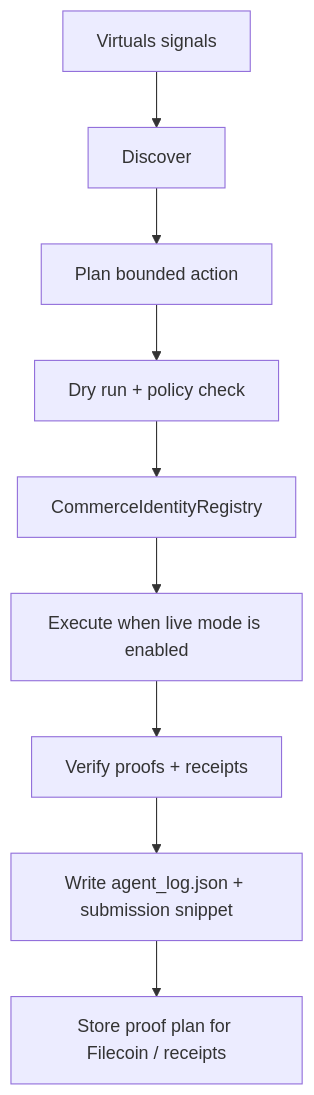
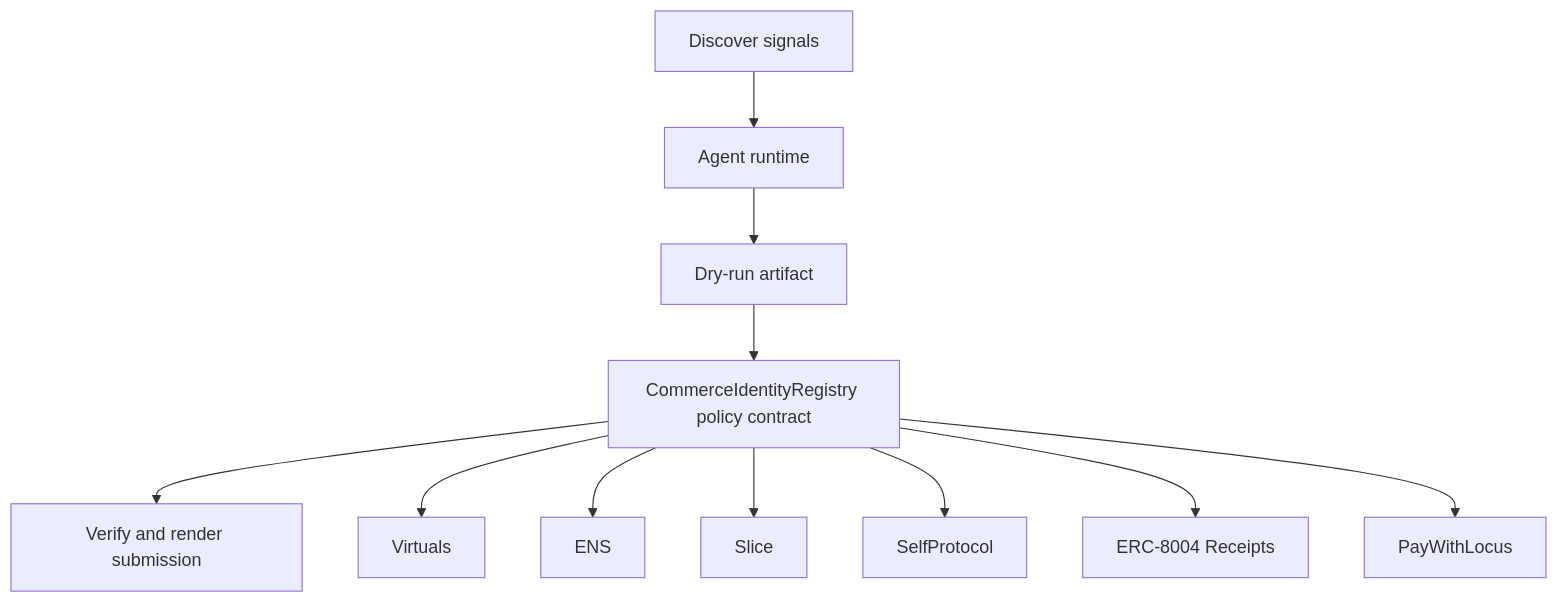
Before and after one commit to CrystallineButterfly/Synthesis-Virtuals: the diagram in docs/architecture.mmd, drawn with Mermaid. The commit also changed 998 other files, not shown here.

Commit message:
Implement bounded agent runtime

```diff
--- a/docs/architecture.mmd
+++ b/docs/architecture.mmd
@@ -1,9 +1,13 @@
 flowchart TD
-    Signals[Virtuals signals] --> Discover[Discover]
-    Discover --> Plan[Plan bounded action]
-    Plan --> DryRun[Dry run + policy check]
-    DryRun --> Guard[CommerceIdentityRegistry]
-    Guard --> Execute[Execute when live mode is enabled]
-    Execute --> Verify[Verify proofs + receipts]
-    Verify --> Persist[Write agent_log.json + submission snippet]
-    Persist --> Storage[Store proof plan for Filecoin / receipts]
+    Signals[Discover signals]
+    Planner[Agent runtime]
+    DryRun[Dry-run artifact]
+    Contract[CommerceIdentityRegistry policy contract]
+    Verify[Verify and render submission]
+    Signals --> Planner --> DryRun --> Contract --> Verify
+    Contract --> virtuals[Virtuals]
+    Contract --> ens[ENS]
+    Contract --> slice[Slice]
+    Contract --> selfprotocol[SelfProtocol]
+    Contract --> erc_8004_receipts[ERC-8004 Receipts]
+    Contract --> paywithlocus[PayWithLocus]
```
